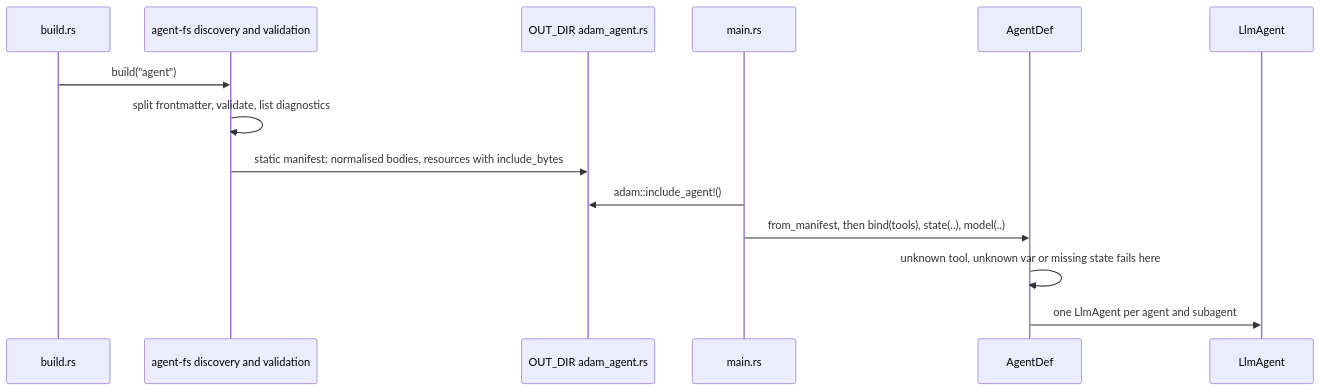
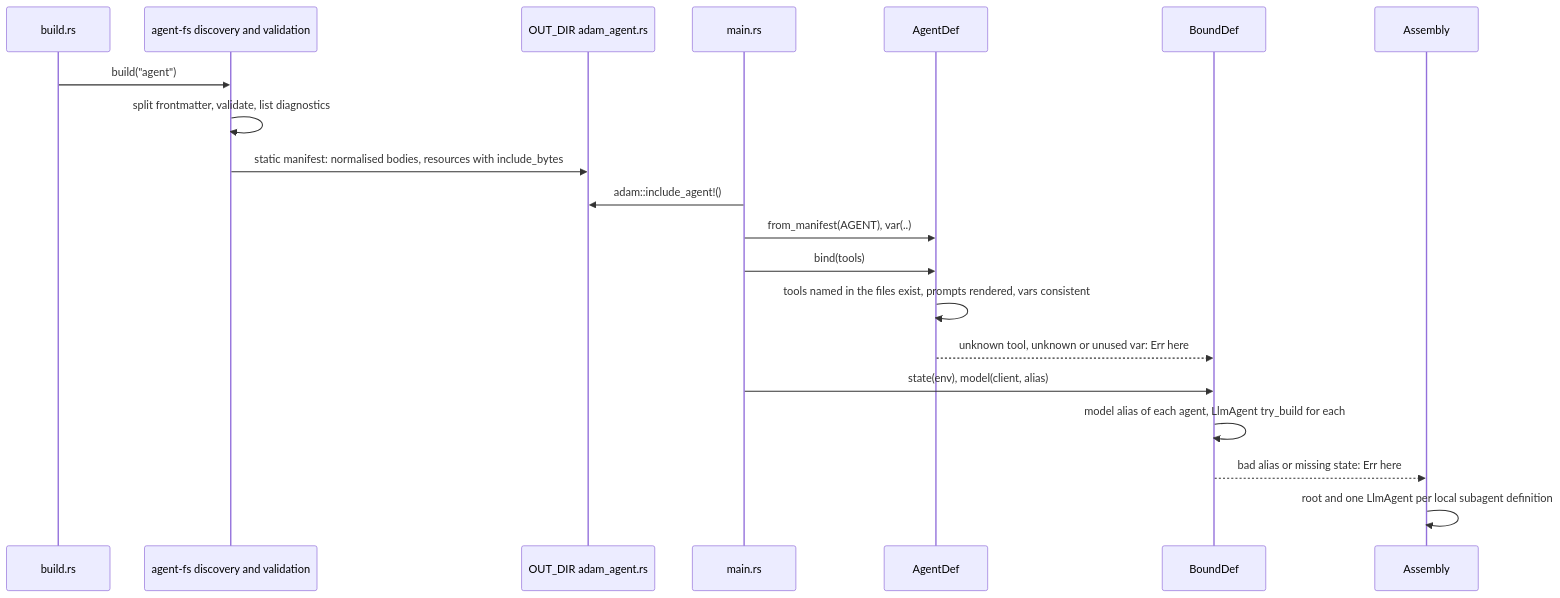
Before and after one commit to vymalo/another-adam-rs: the seventh of 8 diagrams in docs/authoring.md, drawn with Mermaid. The commit also changed other lines of this file and 28 other files, not shown here.

First line of the commit message:
feat(assembly): bind manifests to LlmAgent

````diff
--- a/docs/authoring.md
+++ b/docs/authoring.md
@@ -488,16 +495,22 @@
 ```mermaid
 sequenceDiagram
   participant B as build.rs
   participant F as agent-fs discovery and validation
   participant O as OUT_DIR adam_agent.rs
   participant M as main.rs
   participant D as AgentDef
-  participant L as LlmAgent
+  participant N as BoundDef
+  participant A as Assembly
   B->>F: build("agent")
   F->>F: split frontmatter, validate, list diagnostics
   F->>O: static manifest: normalised bodies, resources with include_bytes
   M->>O: adam::include_agent!()
-  M->>D: from_manifest, then bind(tools), state(..), model(..)
-  D->>D: unknown tool, unknown var or missing state fails here
-  D->>L: one LlmAgent per agent and subagent
+  M->>D: from_manifest(AGENT), var(..)
+  M->>D: bind(tools)
+  D->>D: tools named in the files exist, prompts rendered, vars consistent
+  D-->>N: unknown tool, unknown or unused var: Err here
+  M->>N: state(env), model(client, alias)
+  N->>N: model alias of each agent, LlmAgent try_build for each
+  N-->>A: bad alias or missing state: Err here
+  A->>A: root and one LlmAgent per local subagent definition
 ```
````
